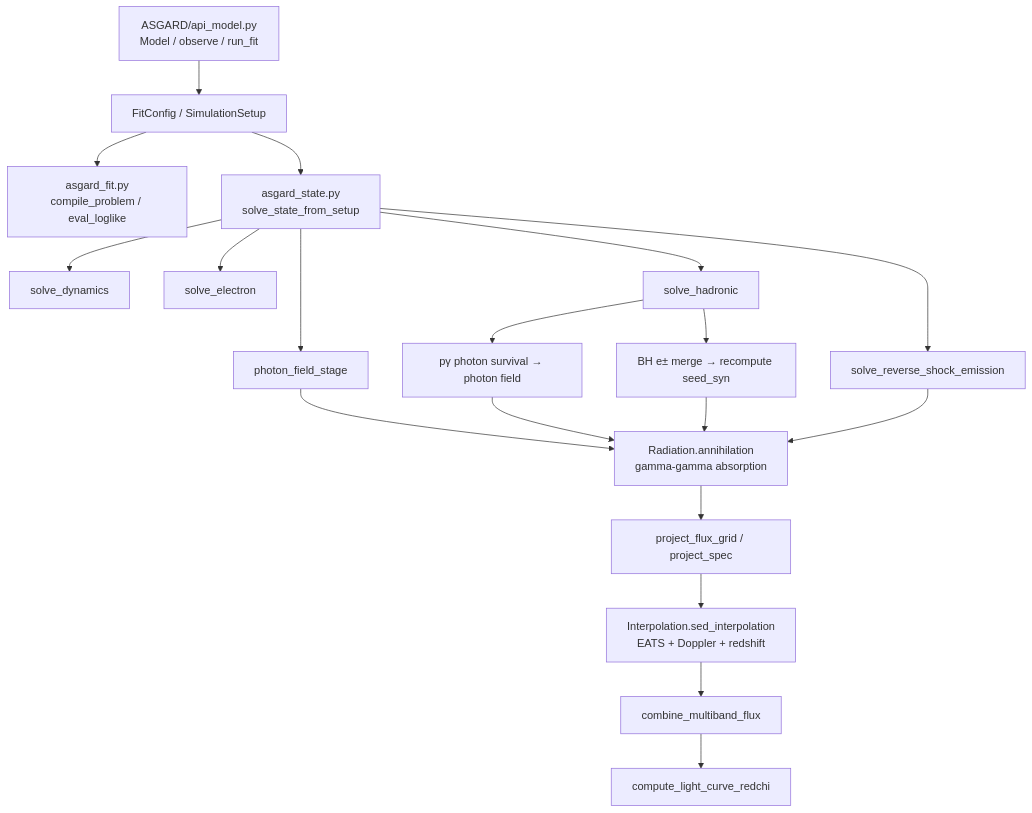
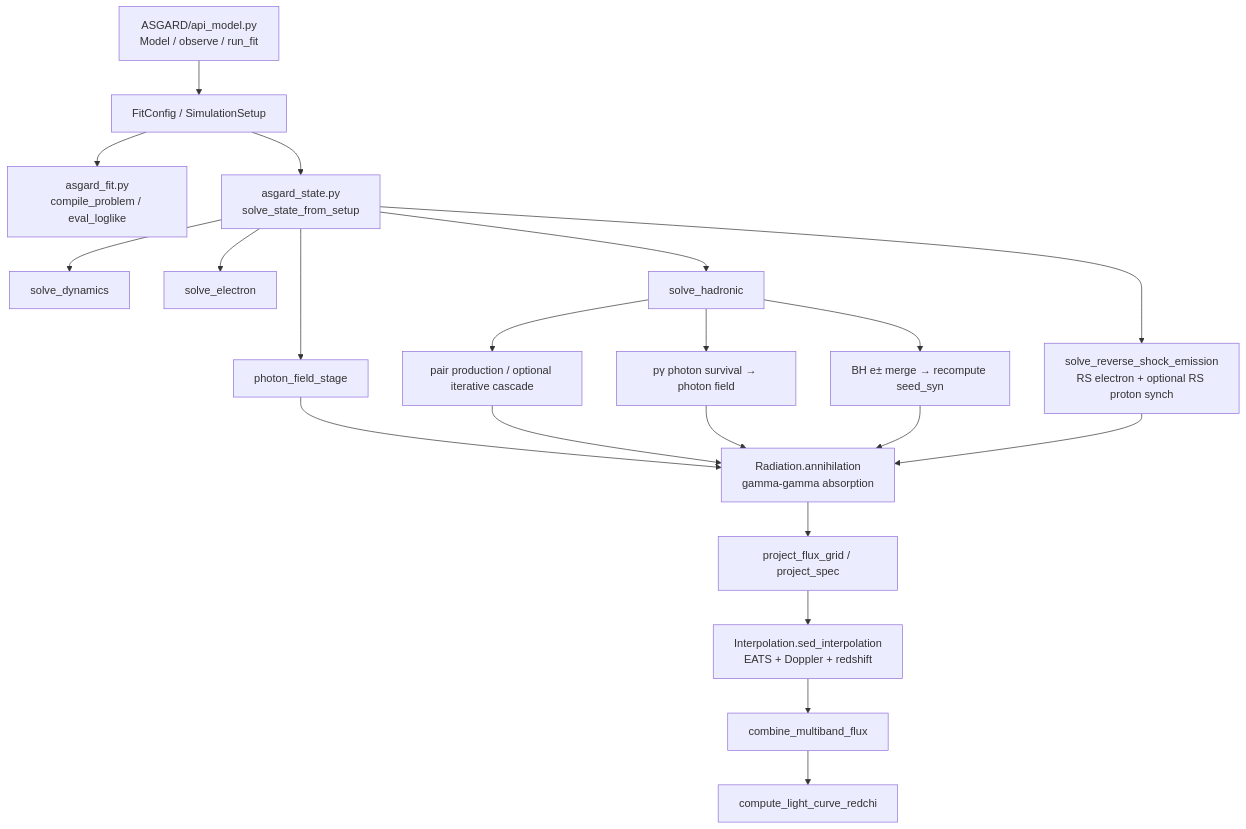
Before and after one commit to mikuru1096/ASGARD_GRBAfterglow: the first of 2 diagrams in doc/call_chain.md, drawn with Mermaid. The commit also changed other lines of this file and 8 other files, not shown here.

````diff
--- a/doc/call_chain.md
+++ b/doc/call_chain.md
@@ -5,21 +5,23 @@
 ```mermaid
 flowchart TD
     A["ASGARD/api_model.py\nModel / observe / run_fit"] --> B["FitConfig / SimulationSetup"]
     B --> C["asgard_fit.py\ncompile_problem / eval_loglike"]
     B --> D["asgard_state.py\nsolve_state_from_setup"]
     D --> E["solve_dynamics"]
     D --> F["solve_electron"]
-    D --> G["solve_reverse_shock_emission"]
+    D --> G["solve_reverse_shock_emission\nRS electron + optional RS proton synch"]
     D --> H["photon_field_stage"]
     D --> I["solve_hadronic"]
     I --> J["BH e± merge → recompute seed_syn"]
     I --> K["pγ photon survival → photon field"]
+    I --> Q["pair production / optional iterative cascade"]
     H --> L["Radiation.annihilation\ngamma-gamma absorption"]
+    Q --> L
     K --> L
     J --> L
     G --> L
     L --> M["project_flux_grid / project_spec"]
     M --> N["Interpolation.sed_interpolation\nEATS + Doppler + redshift"]
     N --> O["combine_multiband_flux"]
     O --> P["compute_light_curve_redchi"]
 ```
````
